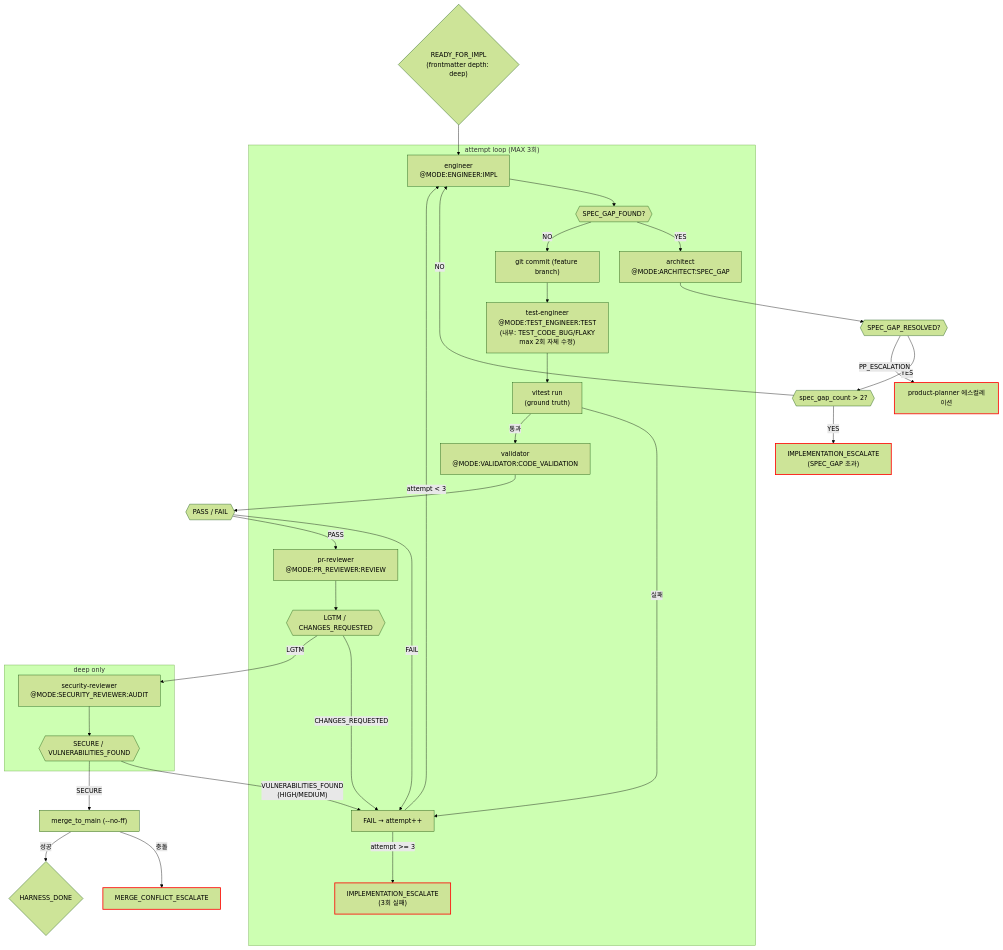
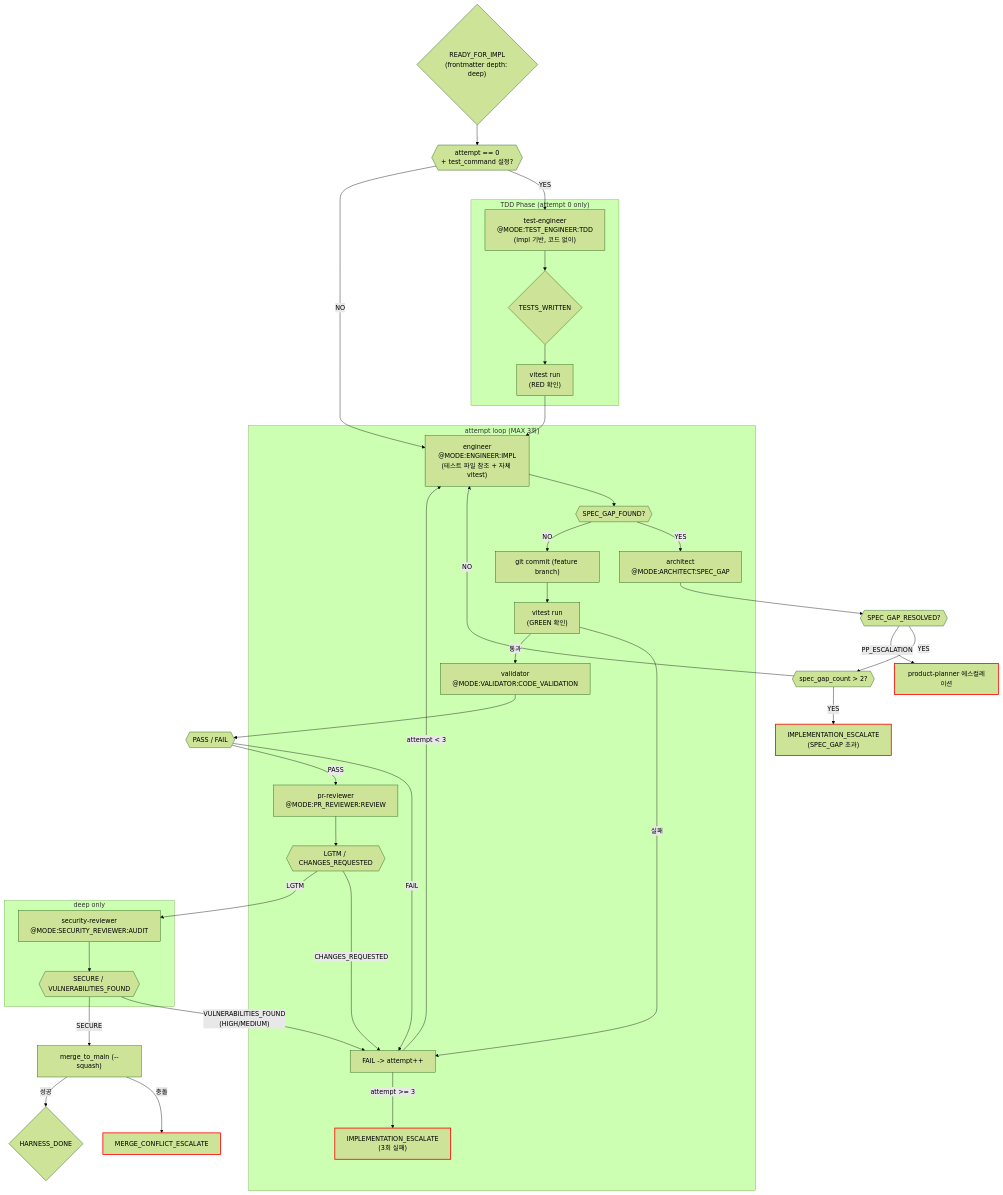
Before and after one commit to alruminum/ClaudeCodeAgentPrompt: the diagram in orchestration/impl_deep.md, drawn with Mermaid (forest theme). The commit also changed other lines of this file and 16 other files, not shown here.

First line of the commit message:
feat(harness): TDD 게이트 Phase 1+2 — test-engineer 선행 + engineer 자체 vitest

````diff
--- a/orchestration/impl_deep.md
+++ b/orchestration/impl_deep.md
@@ -20,60 +21,73 @@
 ```mermaid
 flowchart TD
     RFI{"READY_FOR_IMPL\n(frontmatter depth: deep)"}
 
+    ATT_CHECK{{"attempt == 0\n+ test_command 설정?"}}
+
+    subgraph TDD_PHASE["TDD Phase (attempt 0 only)"]
+        TE_TDD["test-engineer\n@MODE:TEST_ENGINEER:TDD\n(impl 기반, 코드 없이)"]
+        TW{"TESTS_WRITTEN"}
+        RED["vitest run\n(RED 확인)"]
+    end
+
     subgraph ATTEMPT_LOOP["attempt loop (MAX 3회)"]
-        ENG["engineer\n@MODE:ENGINEER:IMPL"]
+        ENG["engineer\n@MODE:ENGINEER:IMPL\n(테스트 파일 참조 + 자체 vitest)"]
         SPEC_CHK{{"SPEC_GAP_FOUND?"}}
         ARC_SG["architect\n@MODE:ARCHITECT:SPEC_GAP"]
-        COMMIT_EARLY["git commit (feature branch)"]
-        TE["test-engineer\n@MODE:TEST_ENGINEER:TEST\n(내부: TEST_CODE_BUG/FLAKY\nmax 2회 자체 수정)"]
-        VITEST["vitest run\n(ground truth)"]
+        COMMIT["git commit (feature branch)"]
+        GREEN["vitest run\n(GREEN 확인)"]
         VAL_CV["validator\n@MODE:VALIDATOR:CODE_VALIDATION"]
         PR_REV["pr-reviewer\n@MODE:PR_REVIEWER:REVIEW"]
         PR_RESULT{{"LGTM / CHANGES_REQUESTED"}}
-        FAIL_ROUTE["FAIL → attempt++"]
+        FAIL_ROUTE["FAIL -> attempt++"]
         IMPL_ESC["IMPLEMENTATION_ESCALATE\n(3회 실패)"]:::escalation
     end
 
     subgraph DEEP_ONLY["deep only"]
         SEC_REV["security-reviewer\n@MODE:SECURITY_REVIEWER:AUDIT"]
         SEC_RESULT{{"SECURE / VULNERABILITIES_FOUND"}}
     end
 
-    MERGE["merge_to_main (--no-ff)"]
+    MERGE["merge_to_main (--squash)"]
     MCE["MERGE_CONFLICT_ESCALATE"]:::escalation
     HD{"HARNESS_DONE"}
 
-    RFI --> ENG
+    RFI --> ATT_CHECK
+    ATT_CHECK -->|"YES"| TE_TDD
+    ATT_CHECK -->|"NO"| ENG
+
+    TE_TDD --> TW
+    TW --> RED
+    RED --> ENG
+
     ENG --> SPEC_CHK
     SPEC_CHK -->|YES| ARC_SG
     ARC_SG --> SG_RESULT{{"SPEC_GAP_RESOLVED?"}}
     SG_RESULT -->|YES| SG_LIMIT{{"spec_gap_count > 2?"}}
     SG_LIMIT -->|NO| ENG
     SG_LIMIT -->|YES| IMPL_ESC_SG["IMPLEMENTATION_ESCALATE\n(SPEC_GAP 초과)"]:::escalation
     SG_RESULT -->|PP_ESCALATION| PP_ESC["product-planner 에스컬레이션"]:::escalation
 
-    SPEC_CHK -->|NO| COMMIT_EARLY
-    COMMIT_EARLY --> TE
-    TE --> VITEST
-    VITEST -->|실패| FAIL_ROUTE
-    VITEST -->|통과| VAL_CV
+    SPEC_CHK -->|NO| COMMIT
+    COMMIT --> GREEN
+    GREEN -->|실패| FAIL_ROUTE
+    GREEN -->|통과| VAL_CV
     VAL_CV --> VAL_RESULT{{"PASS / FAIL"}}
     VAL_RESULT -->|FAIL| FAIL_ROUTE
     VAL_RESULT -->|PASS| PR_REV
     PR_REV --> PR_RESULT
     PR_RESULT -->|CHANGES_REQUESTED| FAIL_ROUTE
     PR_RESULT -->|LGTM| SEC_REV
 
     SEC_REV --> SEC_RESULT
     SEC_RESULT -->|"VULNERABILITIES_FOUND\n(HIGH/MEDIUM)"| FAIL_ROUTE
     SEC_RESULT -->|SECURE| MERGE
 
     FAIL_ROUTE -->|"attempt < 3"| ENG
     FAIL_ROUTE -->|"attempt >= 3"| IMPL_ESC
 
     MERGE -->|충돌| MCE
     MERGE -->|성공| HD
 
     classDef escalation stroke:#f00,stroke-width:2px
 ```
````
